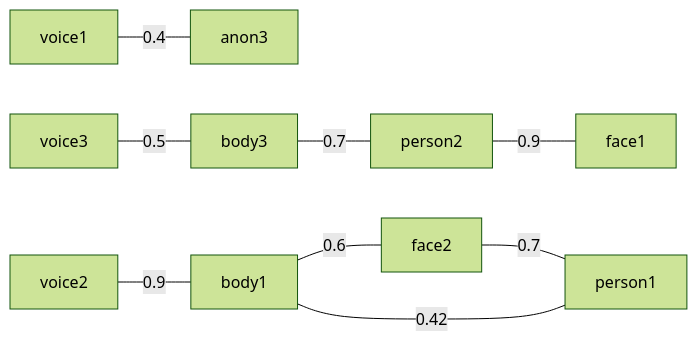
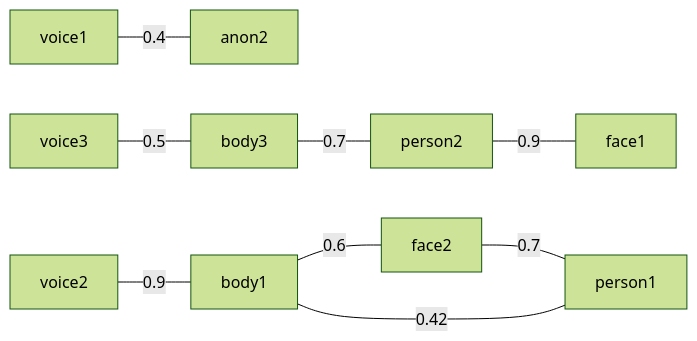
Diagram 32 of 34 in test/test-graphs.md (ros4hri/hri_person_manager), drawn with Mermaid (forest theme) before and after one commit. The commit also changed other lines of this file and 3 other files, not shown here.

````diff
--- a/test/test-graphs.md
+++ b/test/test-graphs.md
@@ -563,20 +564,20 @@
 ``` mermaid
 graph LR
 
-voice1 ---|0.4| anon3
+voice1 ---|0.4| anon2
 
 body3 ---|0.7| person2
 person2 ---|0.9| face1
 voice3 ---|0.5| body3
 %% note: no direct connection between person2 and voice3 as likelihood below
 %% threshold
 
 
 face2 ---|0.7| person1
 voice2 ---|0.9| body1
 body1 ---|0.6| face2
 body1 ---|0.42| person1
 %% note: no direct connection between person1 and voice2 as likelihood below
 %% threshold
 
 ```
````
